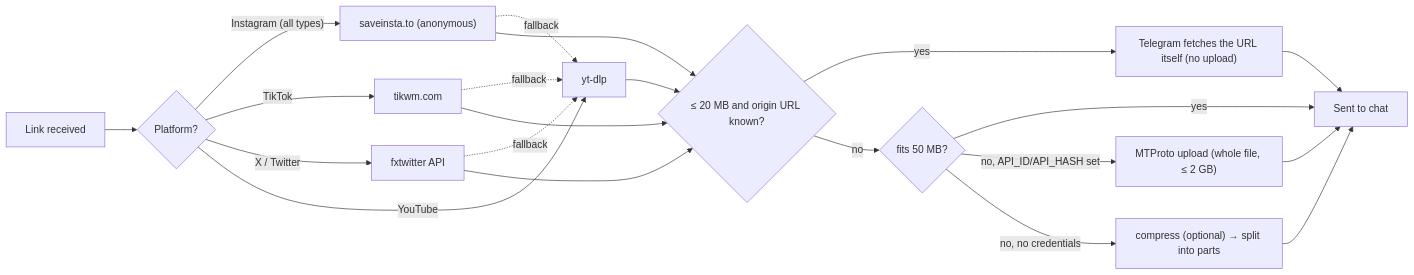
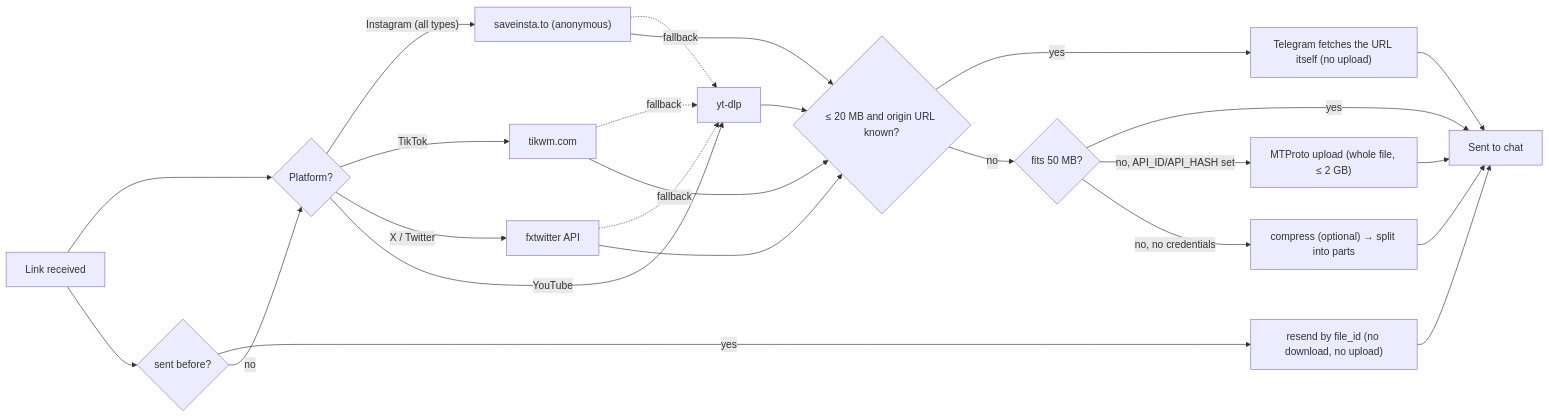
The diagram in README.md (m0hx65/LinkToClip), drawn with Mermaid before and after one commit. The commit also changed other lines of this file and 3 other files, not shown here.

````diff
--- a/README.md
+++ b/README.md
@@ -36,17 +36,20 @@
 ```mermaid
 flowchart LR
     A[Link received] --> B{Platform?}
     B -- "Instagram (all types)" --> S["saveinsta.to (anonymous)"]
     B -- "TikTok" --> TK[tikwm.com]
     B -- "X / Twitter" --> FX[fxtwitter API]
     B -- "YouTube" --> Y[yt-dlp]
     S -. fallback .-> Y
     TK -. fallback .-> Y
     FX -. fallback .-> Y
+    A --> C{"sent before?"}
+    C -- "yes" --> FID["resend by file_id (no download, no upload)"] --> OK
+    C -- "no" --> B
     S & TK & FX & Y --> U{"≤ 20 MB and origin URL known?"}
     U -- "yes" --> URL["Telegram fetches the URL itself (no upload)"] --> OK[Sent to chat]
     U -- "no" --> SZ{"fits 50 MB?"}
     SZ -- "yes" --> OK
     SZ -- "no, API_ID/API_HASH set" --> MT["MTProto upload (whole file, ≤ 2 GB)"] --> OK
     SZ -- "no, no credentials" --> CP["compress (optional) → split into parts"] --> OK
 ```
````
